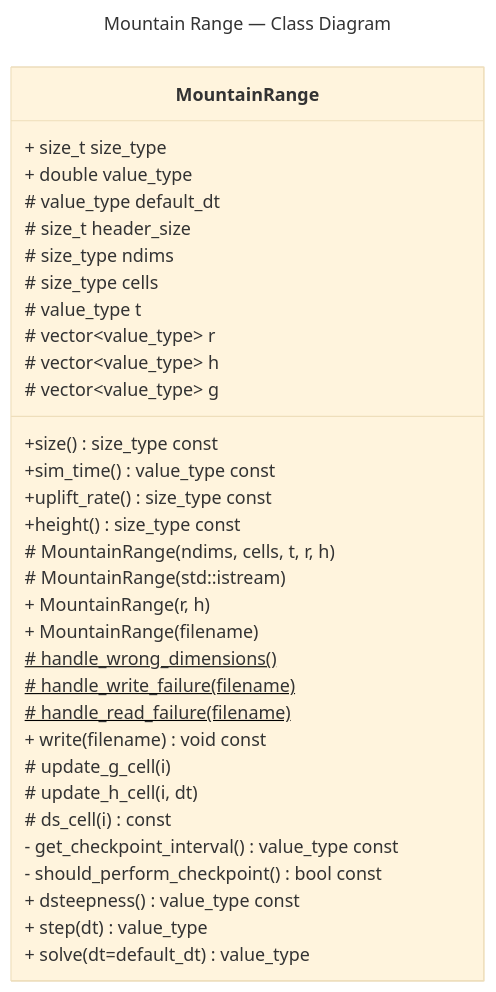
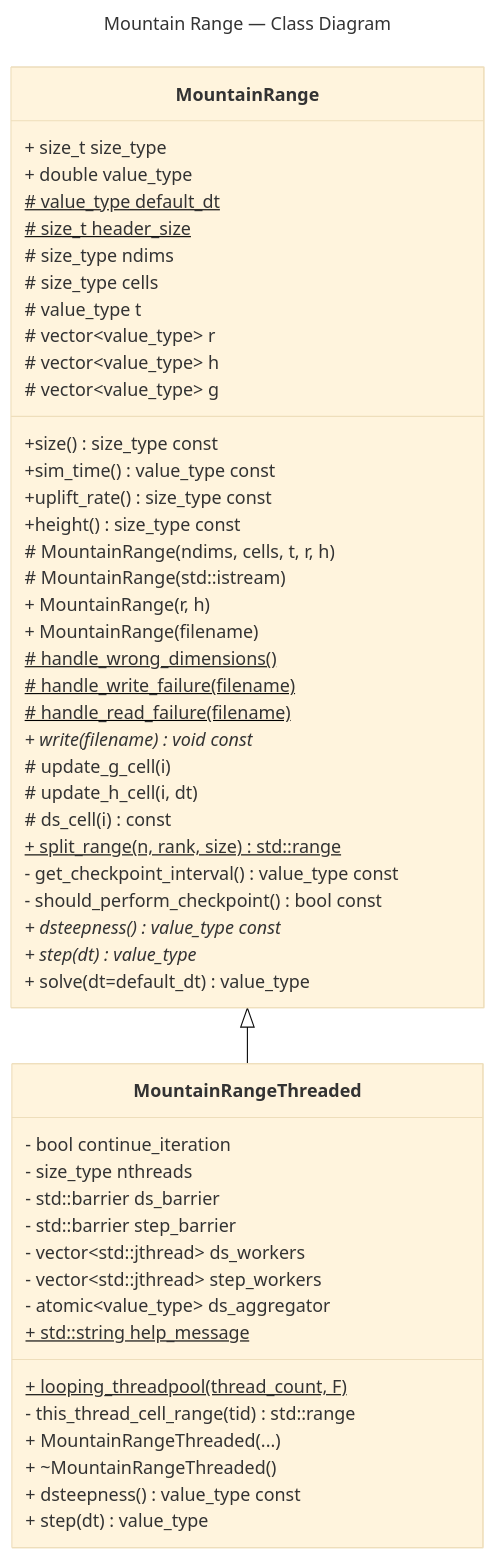
Before and after one commit to BYUHPC/sci-comp-course-example-cxx: the diagram in docs/MountainRange-class-diagram.md, drawn with Mermaid (base theme).

Commit message:
Add MountainRangeThreaded to CD

````diff
--- a/docs/MountainRange-class-diagram.md
+++ b/docs/MountainRange-class-diagram.md
@@ -3,54 +3,80 @@
 ```mermaid
 ---
 title: Mountain Range — Class Diagram
 ---
 classDiagram
 
 class MountainRange {
     %% Global type variables (readability + mutability)
     + size_t size_type
     + double value_type
 
     %% Data storage parameters
-    # value_type default_dt
-    # size_t header_size
+    # value_type default_dt$
+    # size_t header_size$
     # size_type ndims
     # size_type cells
     # value_type t
     # vector~value_type~ r
     # vector~value_type~ h
     # vector~value_type~ g
 
     %% Getter methods
     +size() size_type const
     +sim_time() value_type const
     +uplift_rate() size_type const
     +height() size_type const
 
     %% Constructors
     # MountainRange(ndims, cells, t, r, h)
     # MountainRange(std::istream)
     + MountainRange(r, h)
     + MountainRange(filename)
 
     %% Error handling
     # handle_wrong_dimensions()$
     # handle_write_failure(filename)$
     # handle_read_failure(filename)$
 
     %% Output
-    + write(filename) void const
+    + write(filename) void const*
 
     %% Solving
     # update_g_cell(i)
     # update_h_cell(i, dt)
     # ds_cell(i) const
+    + split_range(n, rank, size) std::range$
 
     - get_checkpoint_interval() value_type const
     - should_perform_checkpoint() bool const
 
+    + dsteepness() value_type const*
+    + step(dt) value_type*
+    + solve(dt=default_dt) value_type
+}
+
+class MountainRangeThreaded {
+    %% New internal bookkeeping variables
+    - bool continue_iteration
+    - size_type nthreads
+    - std::barrier ds_barrier
+    - std::barrier step_barrier
+    - vector~std::jthread~ ds_workers
+    - vector~std::jthread~ step_workers
+    - atomic~value_type~ ds_aggregator
+
+    + looping_threadpool(thread_count, F)$
+    - this_thread_cell_range(tid) std::range
+    + std::string help_message$
+
+    %% Constructor & Destructor
+    + MountainRangeThreaded(...)
+    + ~MountainRangeThreaded()
+
+    %% Override methods
     + dsteepness() value_type const
     + step(dt) value_type
-    + solve(dt=default_dt) value_type
 }
+
+MountainRange <|-- MountainRangeThreaded
 ```
````
